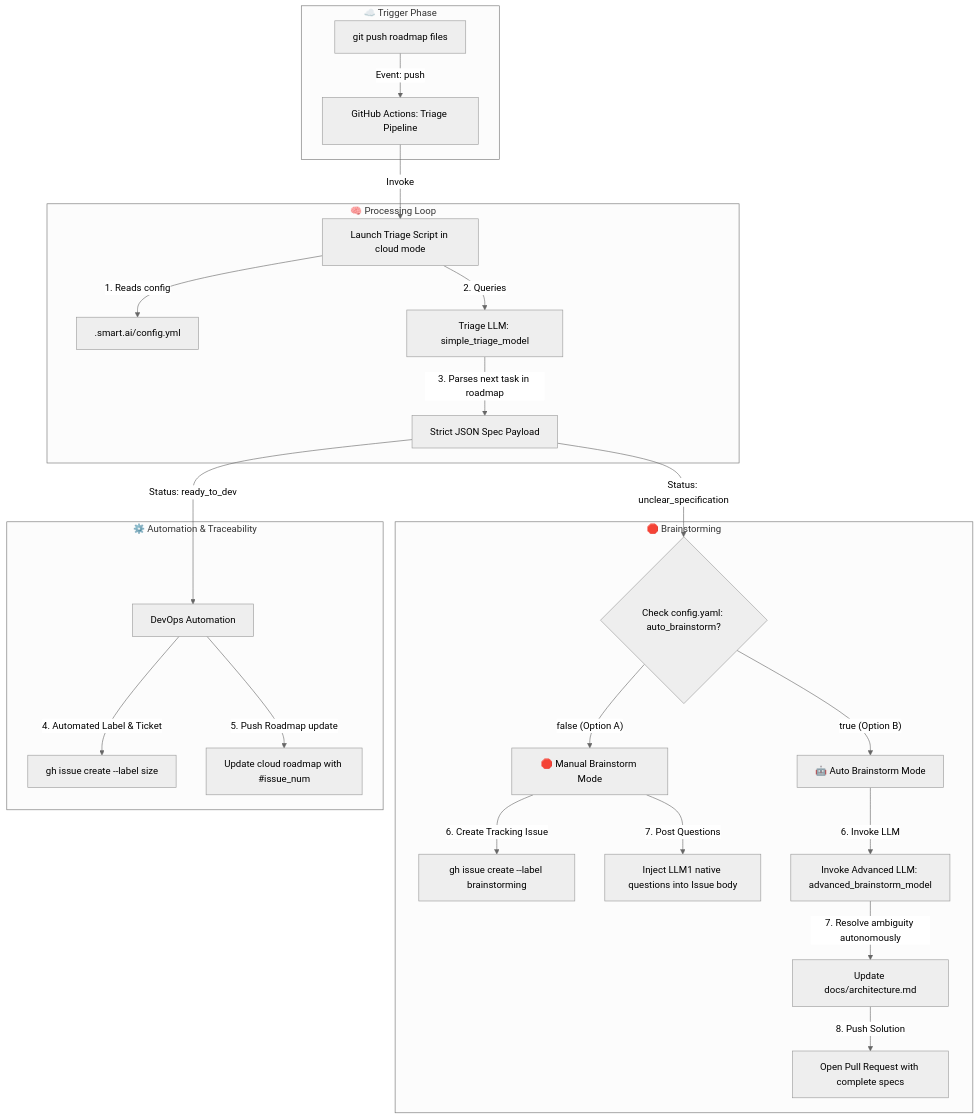
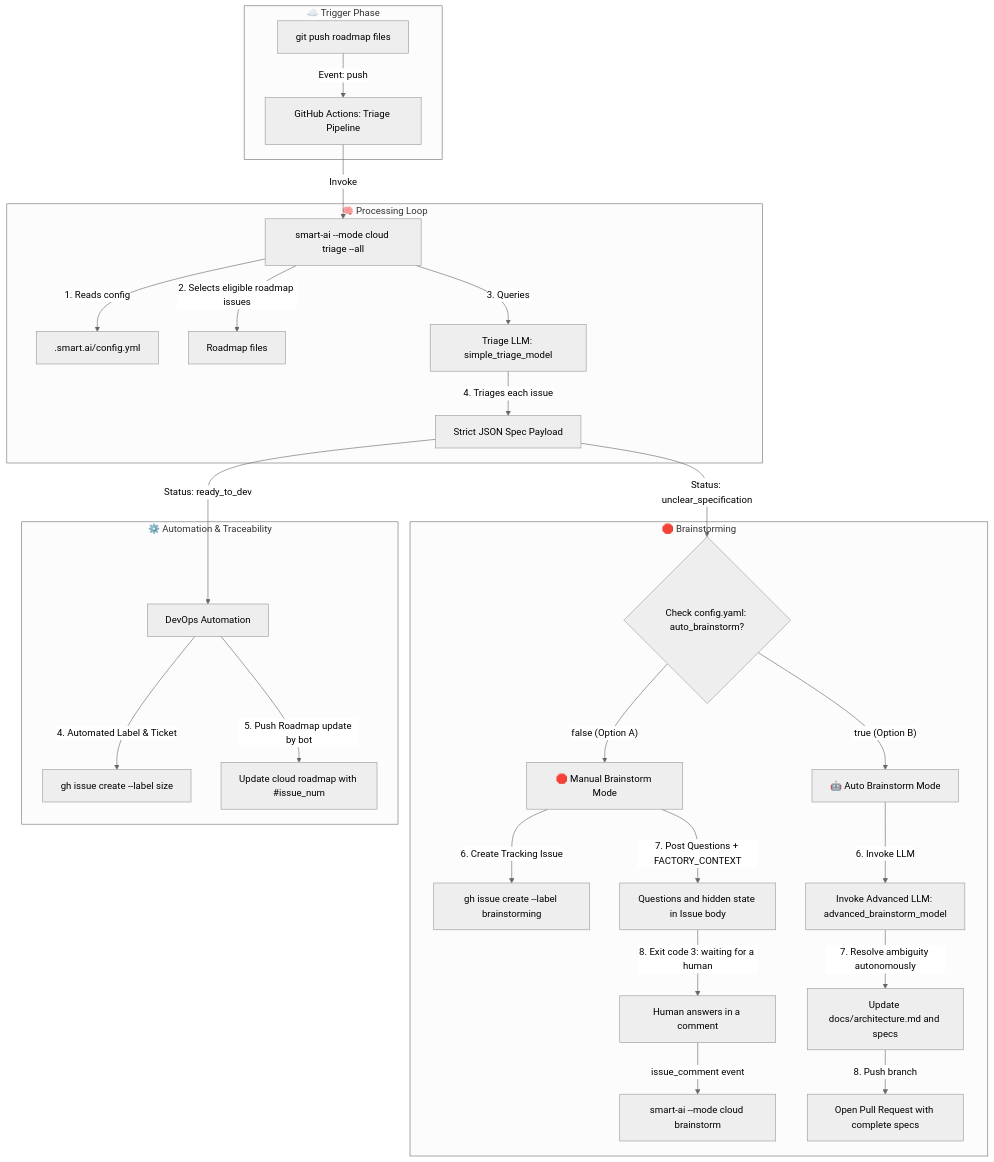
The diagram in docs/pipelines/triage_cloud.md (fletort/smart-ai-factory), drawn with Mermaid (neutral theme) before and after one commit. The commit also changed other lines of this file and 6 other files, not shown here.

````diff
--- a/docs/pipelines/triage_cloud.md
+++ b/docs/pipelines/triage_cloud.md
@@ -17,35 +22,38 @@
 ```mermaid
 graph TD
     subgraph "☁️ Trigger Phase"
         Git[git push roadmap files] -->|Event: push| CI_Triage[GitHub Actions: Triage Pipeline]
     end
 
     subgraph box1["🧠 Processing Loop"]
-        CI_Triage -->|Invoke| CoreTriage[Launch Triage Script in cloud mode]
+        CI_Triage -->|Invoke| CoreTriage[smart-ai --mode cloud triage --all]
         CoreTriage -->|1. Reads config| Config[.smart.ai/config.yml]
-        CoreTriage -->|2. Queries| LLM1[Triage LLM: simple_triage_model]
-        LLM1 -->|3. Parses next task in roadmap| JSON1[Strict JSON Spec Payload]
+        CoreTriage -->|2. Selects eligible roadmap issues| RM0[Roadmap files]
+        CoreTriage -->|3. Queries| LLM1[Triage LLM: simple_triage_model]
+        LLM1 -->|4. Triages each issue| JSON1[Strict JSON Spec Payload]
     end
 
     subgraph "🛑 Brainstorming"
         JSON1 -->|"Status: unclear_specification"| CheckConfig{Check config.yaml: auto_brainstorm?}
 
         %% OPTION A : Stop & Open a Ticket
         CheckConfig -->|"false (Option A)"| CloudStop[🛑 Manual Brainstorm Mode]
         CloudStop -->|6. Create Tracking Issue| GH_BS[gh issue create --label brainstorming]
-        CloudStop -->|7. Post Questions| NativeComment[Inject LLM1 native questions into Issue body]
+        CloudStop -->|7. Post Questions + FACTORY_CONTEXT| NativeComment[Questions and hidden state in Issue body]
+        NativeComment -->|8. Exit code 3: waiting for a human| Wait[Human answers in a comment]
+        Wait -->|issue_comment event| Resume[smart-ai --mode cloud brainstorm]
 
         %% OPTION B : Full Auto Brainstorm -> PR Direct
         CheckConfig -->|"true (Option B)"| CloudAuto[🤖 Auto Brainstorm Mode]
         CloudAuto -->|6. Invoke LLM| LLM2[Invoke Advanced LLM: advanced_brainstorm_model]
-        LLM2 -->|7. Resolve ambiguity autonomously| Fix[Update docs/architecture.md]
-        Fix -->|8. Push Solution| PR[Open Pull Request with complete specs]
+        LLM2 -->|7. Resolve ambiguity autonomously| Fix[Update docs/architecture.md and specs]
+        Fix -->|8. Push branch| PR[Open Pull Request with complete specs]
     end
 
     subgraph "⚙️ Automation & Traceability"
         JSON1 -->|"Status: ready_to_dev"| DevOpCloud[DevOps Automation]
         DevOpCloud -->|4. Automated Label & Ticket| GH_Issue[gh issue create --label size]
-        DevOpCloud -->|5. Push Roadmap update| GitSync[Update cloud roadmap with #issue_num]
+        DevOpCloud -->|5. Push Roadmap update by bot| GitSync[Update cloud roadmap with #issue_num]
     end
 
 ```
````
